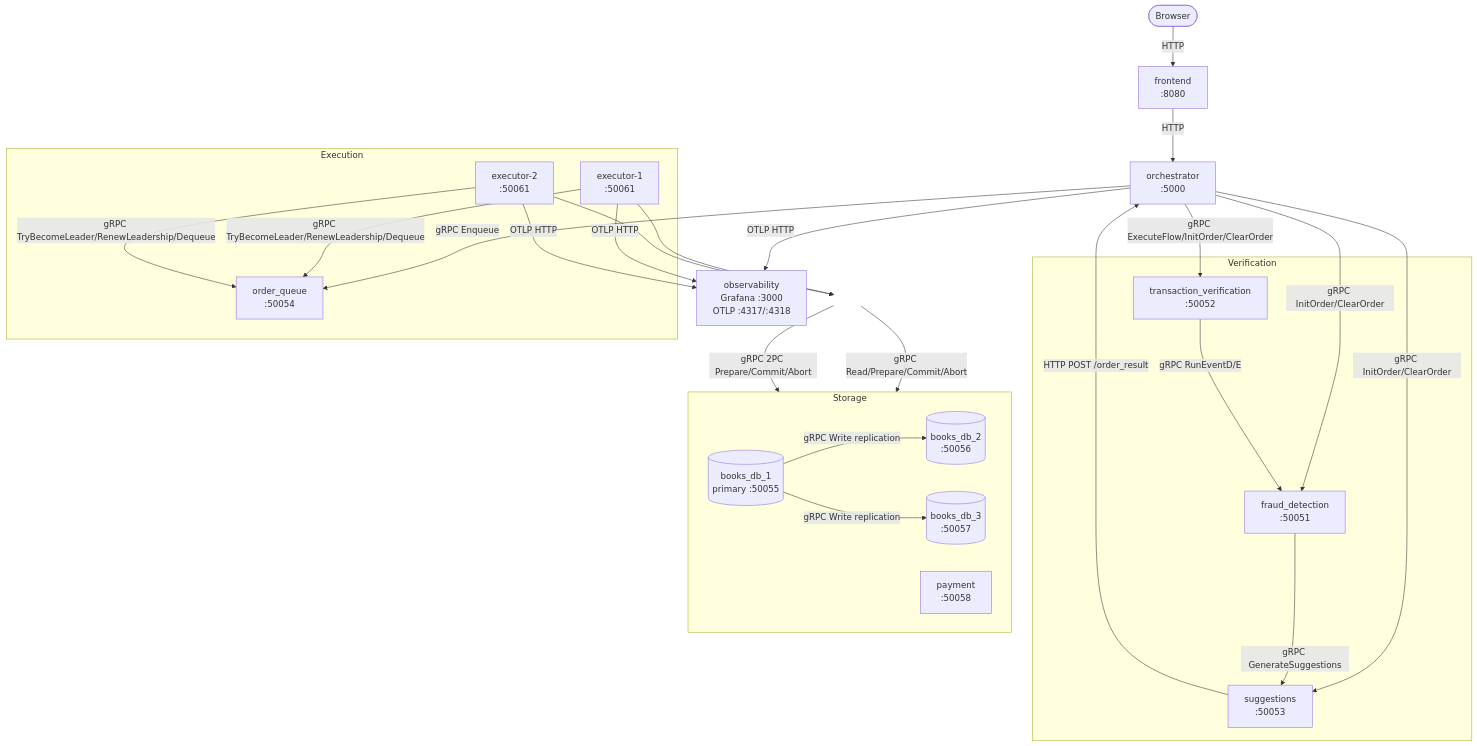
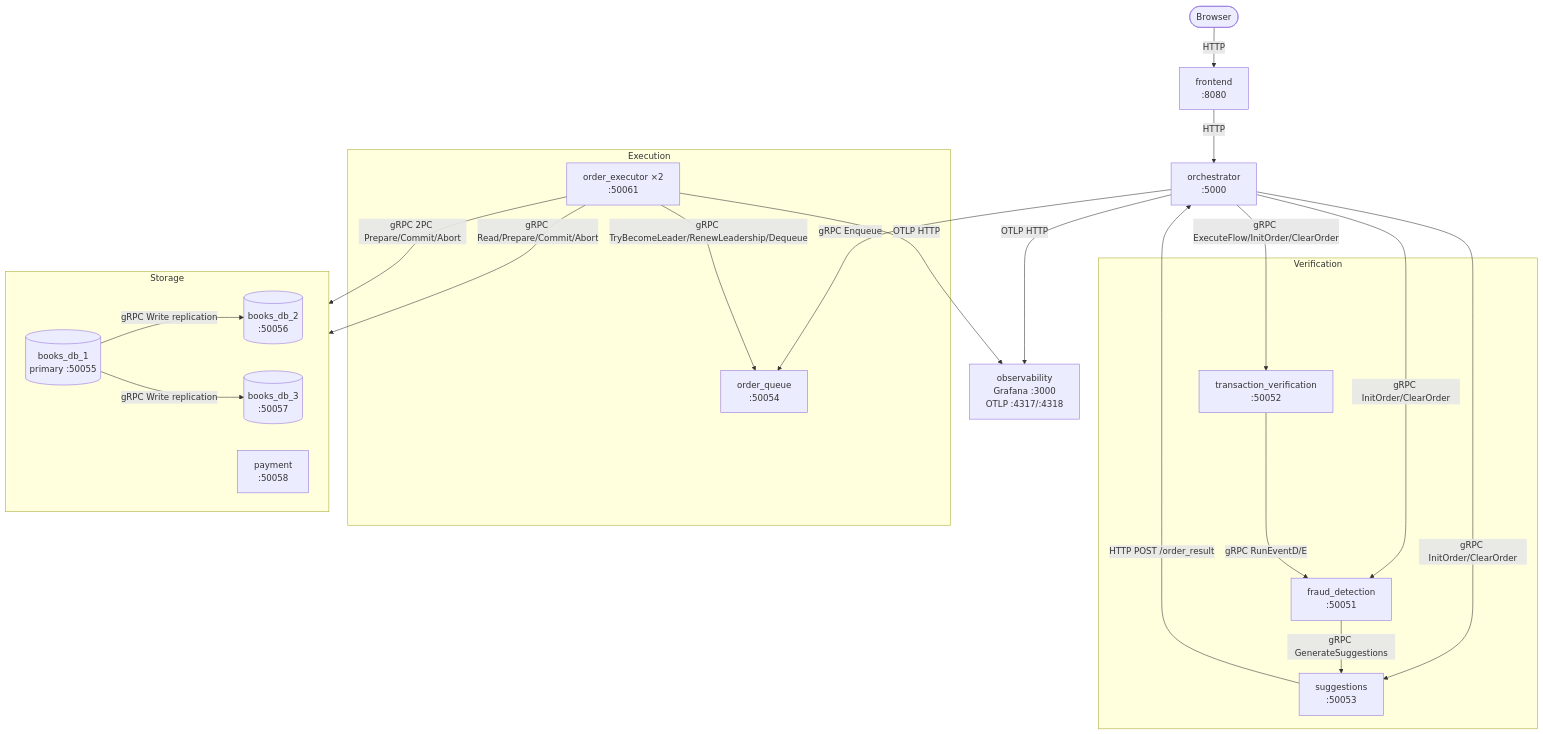
The diagram in docs/CHECKPOINT_4.md (M1ngiii/ds-practice-2025), drawn with Mermaid before and after one commit.

Commit message:
Diagram fix 4

````diff
--- a/docs/CHECKPOINT_4.md
+++ b/docs/CHECKPOINT_4.md
@@ -26,45 +26,42 @@
 ```mermaid
 flowchart TB
     Browser(["Browser"])
     FE["frontend\n:8080"]
     Orch["orchestrator\n:5000"]
 
     subgraph verif["Verification"]
         TV["transaction_verification\n:50052"]
         FD["fraud_detection\n:50051"]
         SG["suggestions\n:50053"]
     end
 
     subgraph exec["Execution"]
         OQ["order_queue\n:50054"]
-        E1["executor-1\n:50061"]
-        E2["executor-2\n:50061"]
+        E["order_executor ×2\n:50061"]
     end
 
     subgraph storage["Storage"]
         direction LR
         DB1[("books_db_1\nprimary :50055")]
         DB2[("books_db_2\n:50056")]
         DB3[("books_db_3\n:50057")]
         Pay["payment\n:50058"]
     end
 
     Obs["observability\nGrafana :3000\nOTLP :4317/:4318"]
 
     Browser -->|HTTP| FE
     FE -->|HTTP| Orch
     Orch -->|gRPC InitOrder/ClearOrder| FD
     Orch -->|gRPC InitOrder/ClearOrder| SG
     Orch -->|gRPC ExecuteFlow/InitOrder/ClearOrder| TV
     TV -->|gRPC RunEventD/E| FD
     FD -->|gRPC GenerateSuggestions| SG
     SG -->|HTTP POST /order_result| Orch
     Orch -->|gRPC Enqueue| OQ
-    E1 & E2 -->|gRPC TryBecomeLeader/RenewLeadership/Dequeue| OQ
-    E1 & E2 --> junc[ ]
-    junc -->|gRPC Read/Prepare/Commit/Abort| DB1
-    junc -->|gRPC 2PC Prepare/Commit/Abort| Pay
-    style junc fill:none,stroke:none
+    E -->|gRPC TryBecomeLeader/RenewLeadership/Dequeue| OQ
+    E -->|gRPC Read/Prepare/Commit/Abort| DB1
+    E -->|gRPC 2PC Prepare/Commit/Abort| Pay
     DB1 -->|gRPC Write replication| DB2 & DB3
-    Orch & E1 & E2 -->|OTLP HTTP| Obs
+    Orch & E -->|OTLP HTTP| Obs
 ```
````
